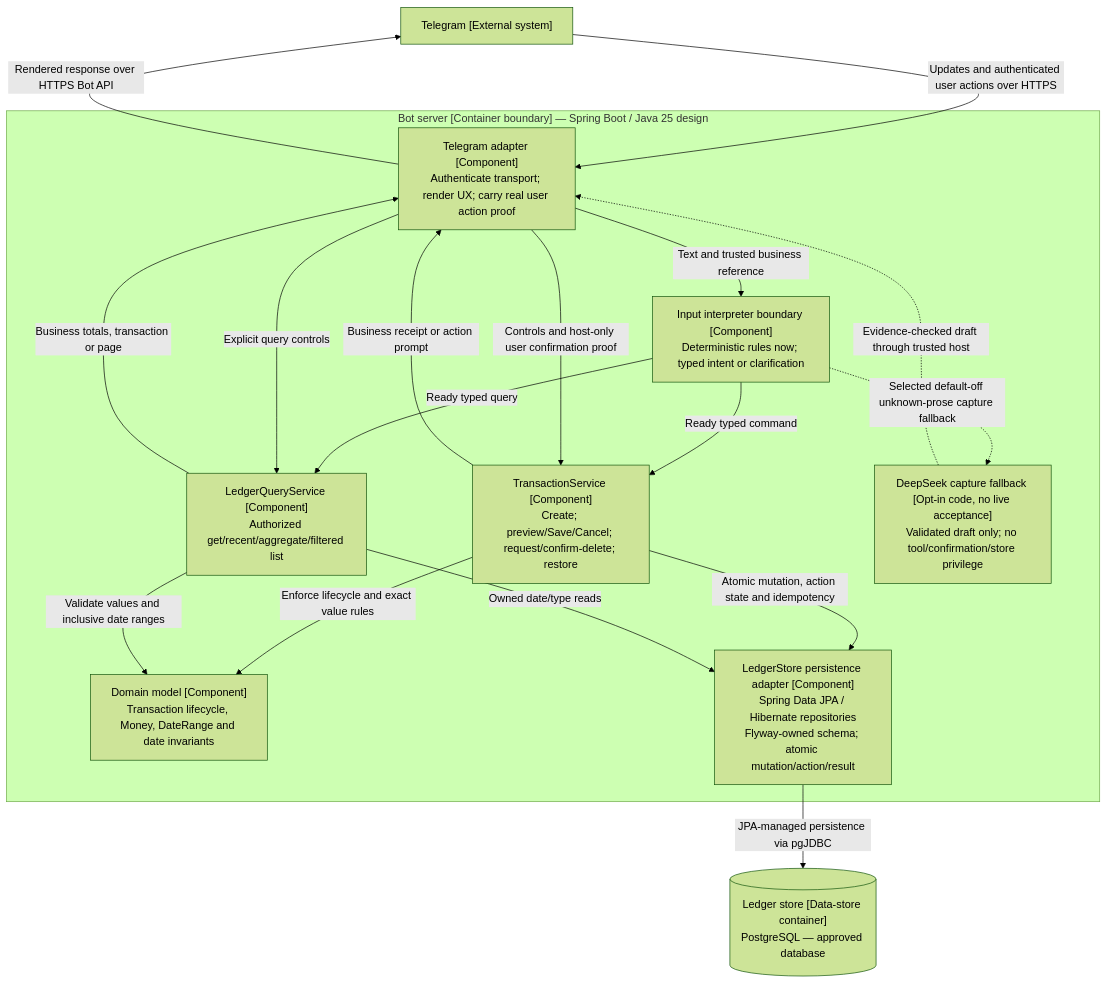
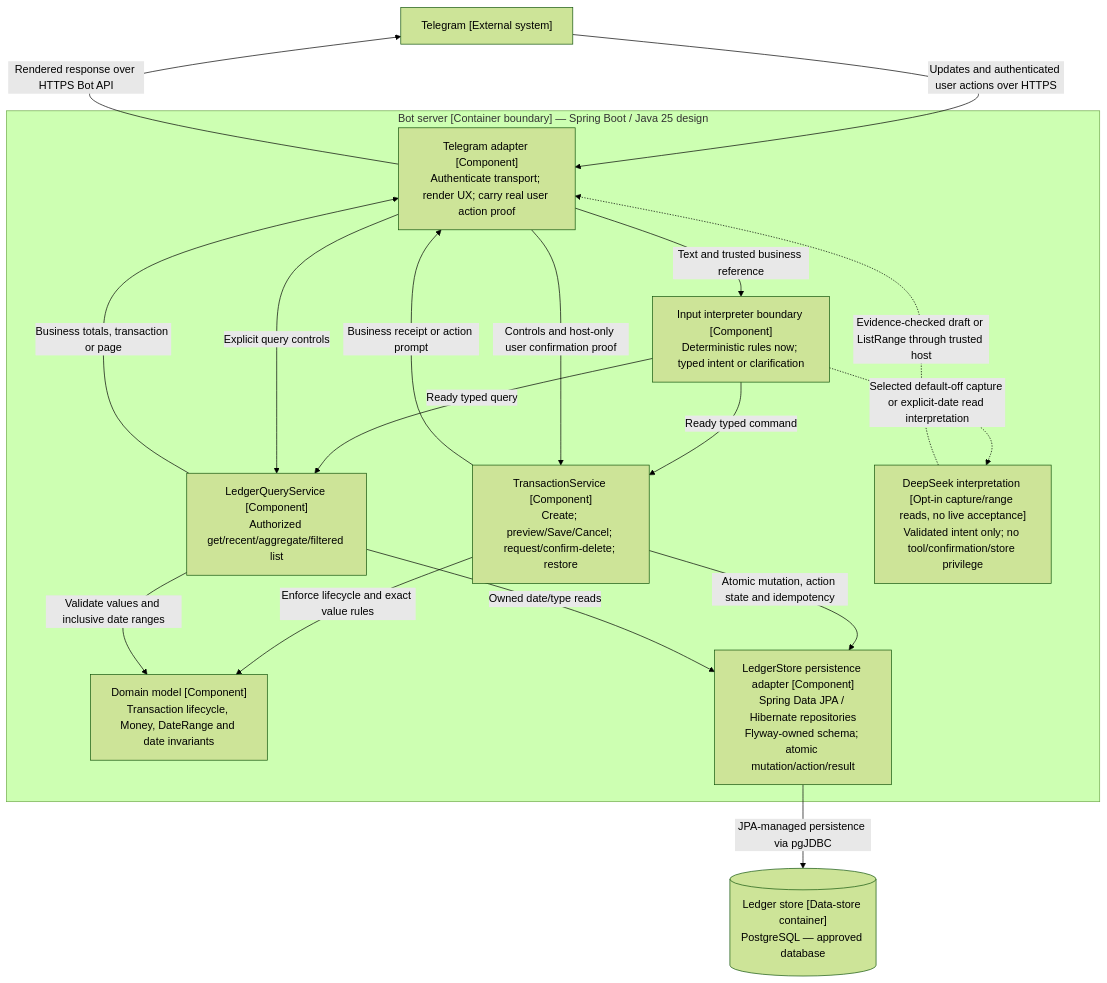
Before and after one commit to nghlong3004/longnest: the third of 3 diagrams in docs/ARCHITECTURE.md, drawn with Mermaid (forest theme). The commit also changed other lines of this file and 19 other files, not shown here.

Commit message:
Add typed explicit-date conversational range queries

````diff
--- a/docs/ARCHITECTURE.md
+++ b/docs/ARCHITECTURE.md
@@ -69,30 +69,30 @@
 ```mermaid
 flowchart TB
   T["Telegram [External system]"]
   subgraph S["Bot server [Container boundary] — Spring Boot / Java 25 design"]
     A["Telegram adapter [Component]<br/>Authenticate transport; render UX; carry real user action proof"]
     I["Input interpreter boundary [Component]<br/>Deterministic rules now; typed intent or clarification"]
     C["TransactionService [Component]<br/>Create; preview/Save/Cancel; request/confirm-delete; restore"]
     Q["LedgerQueryService [Component]<br/>Authorized get/recent/aggregate/filtered list"]
     V["Domain model [Component]<br/>Transaction lifecycle, Money, DateRange and date invariants"]
     P["LedgerStore persistence adapter [Component]<br/>Spring Data JPA / Hibernate repositories<br/>Flyway-owned schema; atomic mutation/action/result"]
-    F["DeepSeek capture fallback [Opt-in code, no live acceptance]<br/>Validated draft only; no tool/confirmation/store privilege"]
+    F["DeepSeek interpretation [Opt-in capture/range reads, no live acceptance]<br/>Validated intent only; no tool/confirmation/store privilege"]
   end
   D[("Ledger store [Data-store container]<br/>PostgreSQL — approved database")]
   T -->|Updates and authenticated user actions over HTTPS| A
   A -->|Text and trusted business reference| I
   I -->|Ready typed command| C
   I -->|Ready typed query| Q
   A -->|Controls and host-only user confirmation proof| C
   A -->|Explicit query controls| Q
   C -->|Enforce lifecycle and exact value rules| V
   Q -->|Validate values and inclusive date ranges| V
   C -->|Atomic mutation, action state and idempotency| P
   Q -->|Owned date/type reads| P
   P -->|JPA-managed persistence via pgJDBC| D
   C -->|Business receipt or action prompt| A
   Q -->|Business totals, transaction or page| A
   A -->|Rendered response over HTTPS Bot API| T
-  I -.->|Selected default-off unknown-prose capture fallback| F
-  F -.->|Evidence-checked draft through trusted host| A
+  I -.->|Selected default-off capture or explicit-date read interpretation| F
+  F -.->|Evidence-checked draft or ListRange through trusted host| A
 ```
````
